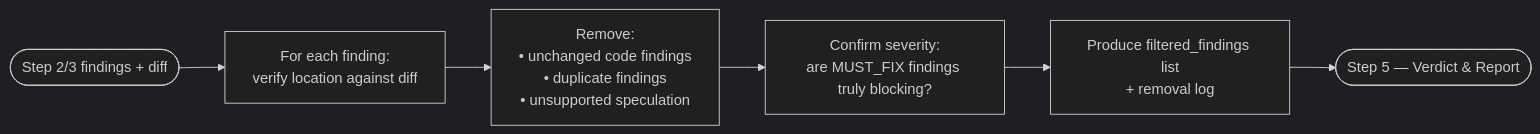
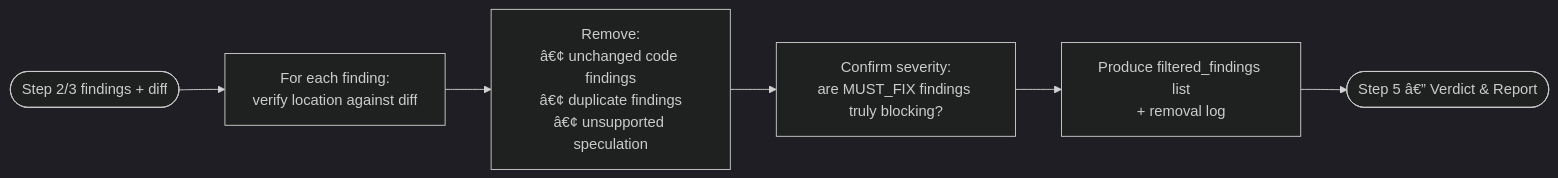
One commit to MrKimBao/dev-lifecycle-agents changed the diagram in ai-workspace/review-lifecycle/step-D-doublecheck.md. Above: the diagram before and after it, drawn with Mermaid (dark theme). The commit also changed other lines of this file and 19 other files, not shown here.

````diff
--- a/ai-workspace/review-lifecycle/step-D-doublecheck.md
+++ b/ai-workspace/review-lifecycle/step-D-doublecheck.md
@@ -45,8 +45,8 @@
 ```mermaid
 flowchart LR
     IN([Step 2/3 findings + diff]) --> D1
     D1[For each finding:\nverify location against diff] --> D2
-    D2[Remove:\n• unchanged code findings\n• duplicate findings\n• unsupported speculation] --> D3
+    D2[Remove:\nâ€¢ unchanged code findings\nâ€¢ duplicate findings\nâ€¢ unsupported speculation] --> D3
     D3[Confirm severity:\nare MUST_FIX findings truly blocking?] --> D4
-    D4[Produce filtered_findings list\n+ removal log] --> OUT([Step 5 — Verdict & Report])
+    D4[Produce filtered_findings list\n+ removal log] --> OUT([Step 5 â€” Verdict & Report])
 ```
````
